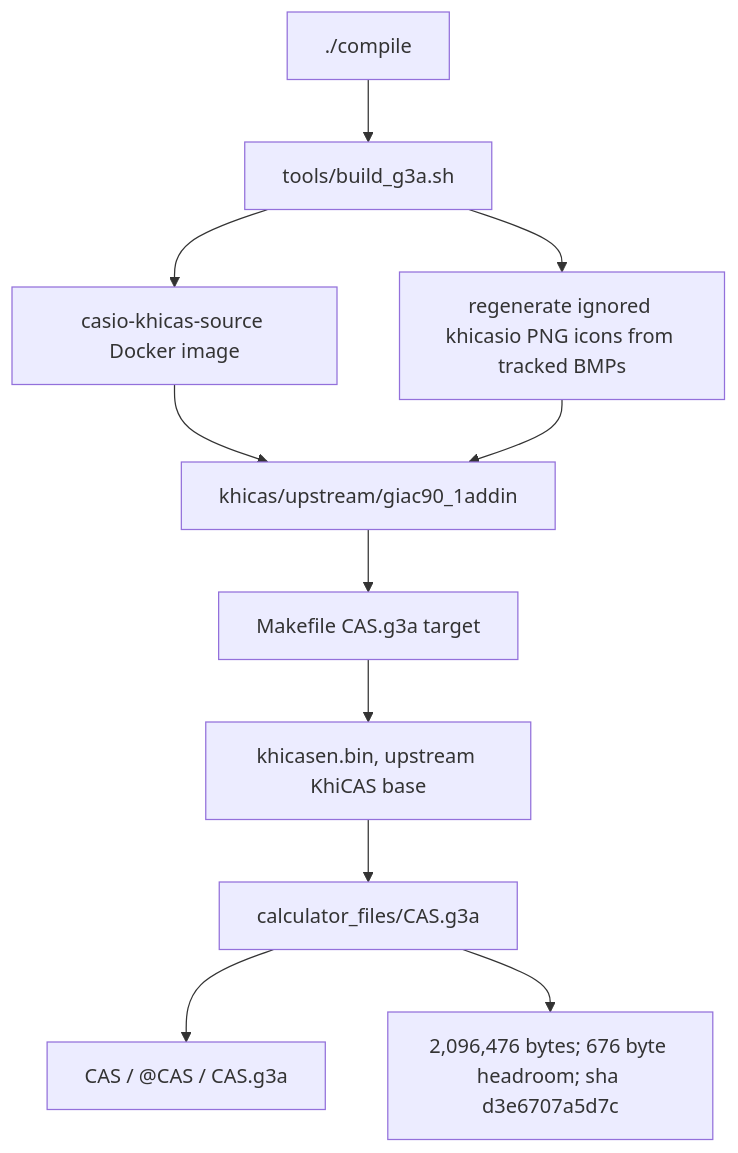
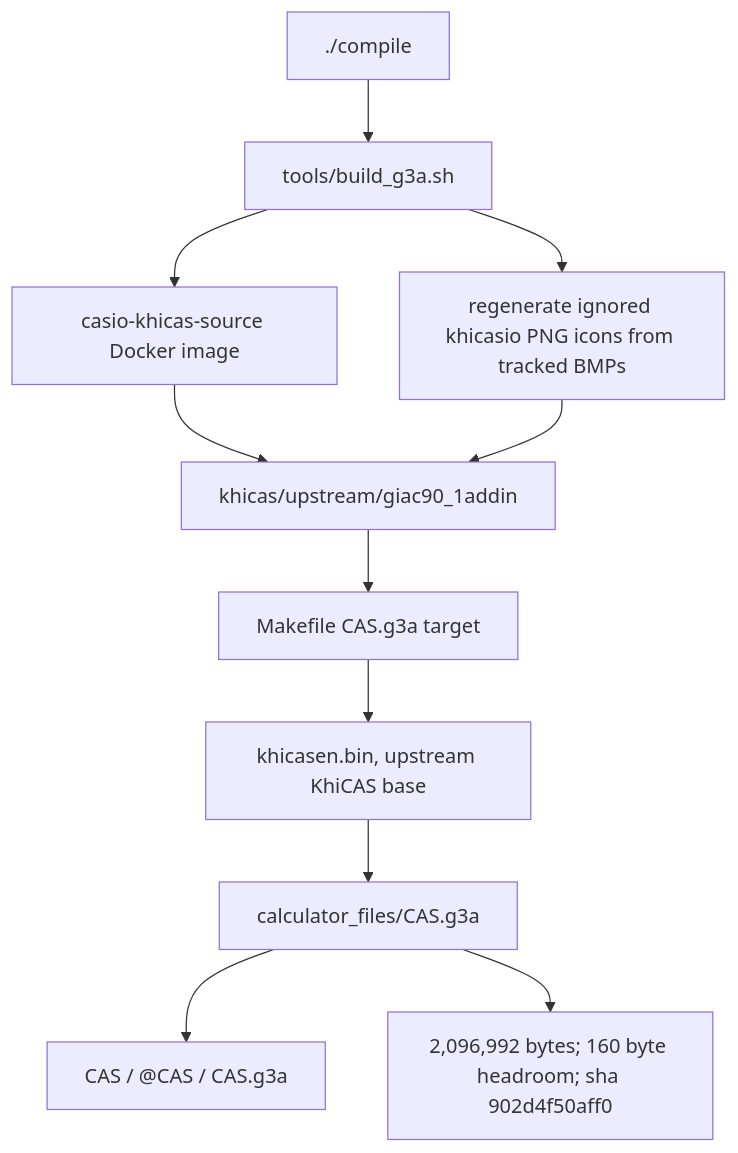
One commit to james8464/notes-addin-casio-fx-cg50 changed the first of 6 diagrams in docs/GRAPH.md. Above: the diagram before and after it, drawn with Mermaid. The commit also changed other lines of this file and 9 other files, not shown here.

````diff
--- a/docs/GRAPH.md
+++ b/docs/GRAPH.md
@@ -7,13 +7,13 @@
 ```mermaid
 graph TD
   Compile["./compile"] --> Build["tools/build_g3a.sh"]
   Build --> Docker["casio-khicas-source Docker image"]
   Docker --> Src["khicas/upstream/giac90_1addin"]
   Build --> Icons["regenerate ignored khicasio PNG icons from tracked BMPs"]
   Icons --> Src
   Src --> Make["Makefile CAS.g3a target"]
   Make --> Bin["khicasen.bin, upstream KhiCAS base"]
   Bin --> G3A["calculator_files/CAS.g3a"]
   G3A --> Meta["CAS / @CAS / CAS.g3a"]
-  G3A --> Size["2,096,476 bytes; 676 byte headroom; sha d3e6707a5d7c"]
+  G3A --> Size["2,096,992 bytes; 160 byte headroom; sha 902d4f50aff0"]
 ```
````
